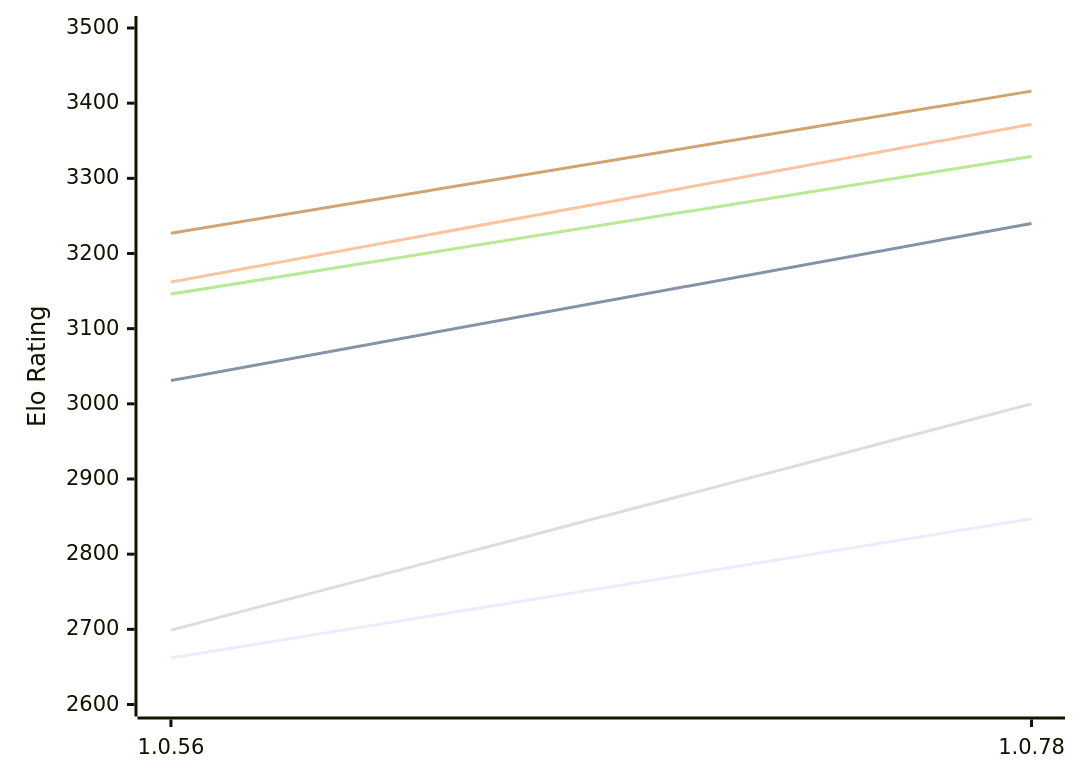
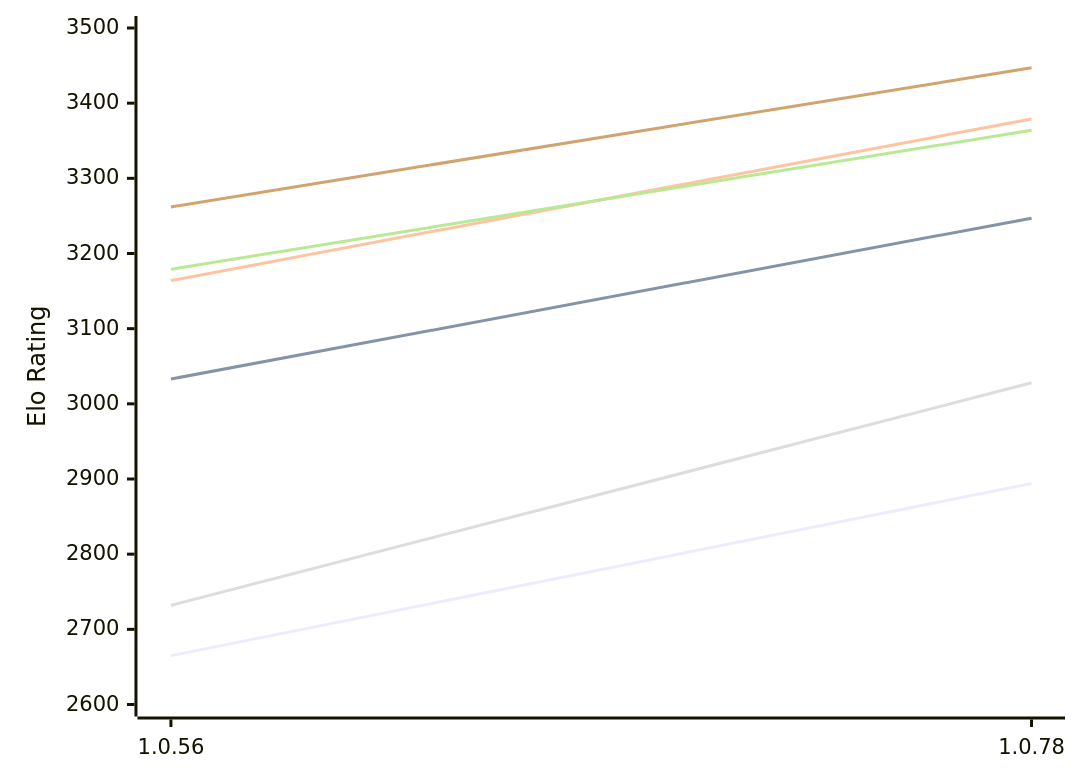
Before and after one commit to computer-chess-index/cci: the first of 2 diagrams in engines/RustyRival.md, drawn with Mermaid. The commit also changed other lines of this file, not shown here.

Commit message:
Update CCI Ratings (ELO VLTC) - 2026-11-01

````diff
--- a/engines/RustyRival.md
+++ b/engines/RustyRival.md
@@ -63,12 +63,12 @@
 ```mermaid
 %%{init: {"theme":"base","themeVariables":{"seriesColors:['#a3a3a3','#222221','#faa371']}}}%%
 xychart-beta
   x-axis ["1.0.56", "1.0.78"]
   y-axis "Elo Rating" 2600 --> 3500
-  line "E1: STC (8.0+0.08s)" [2662, 2847]
-  line "E1: LTC (60.0+0.60s)" [3031, 3240]
-  line "E1: VLTC (2m24s+1.12s)" [3162, 3372]
-  line "P1: STC (8.0+0.08s)" [2699, 3000]
-  line "P1: LTC (60.0+0.60s)" [3146, 3329]
-  line "P1: VLTC (2m24s+1.12s)" [3227, 3416]
+  line "E1: STC (8.0+0.08s)" [2665, 2894]
+  line "E1: LTC (60.0+0.60s)" [3033, 3247]
+  line "E1: VLTC (2m24s+1.12s)" [3164, 3379]
+  line "P1: STC (8.0+0.08s)" [2732, 3028]
+  line "P1: LTC (60.0+0.60s)" [3179, 3364]
+  line "P1: VLTC (2m24s+1.12s)" [3262, 3447]
 ```
````
